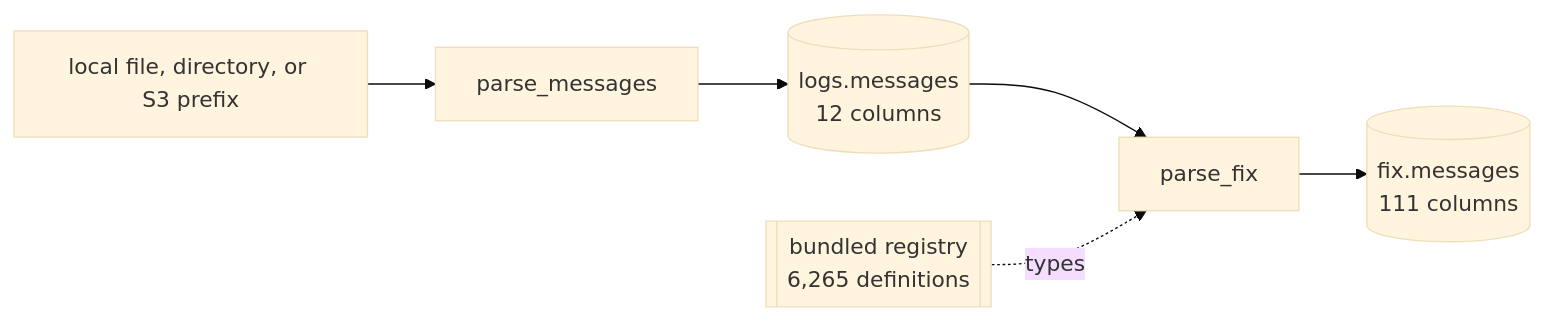
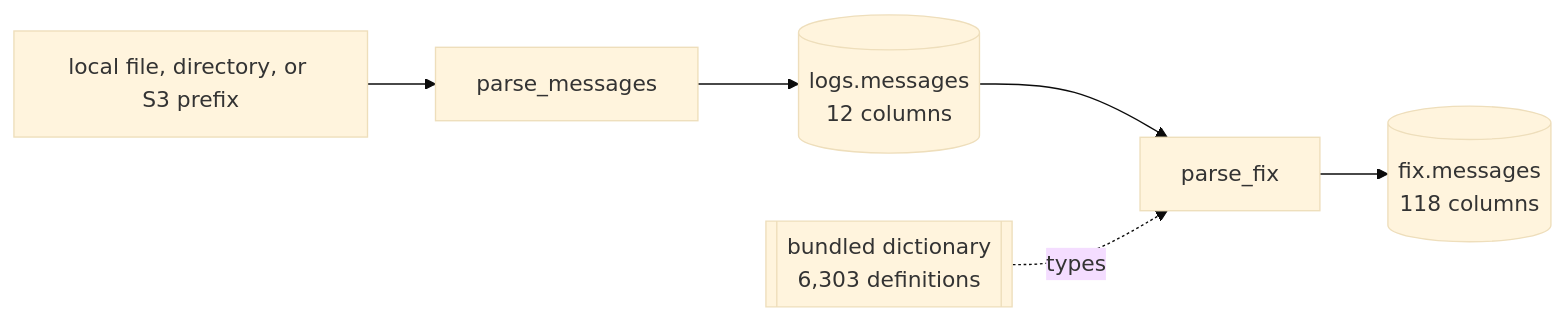
Before and after one commit to Platob/yggfin: the diagram in docs/pipeline/index.md, drawn with Mermaid (base theme). The commit also changed other lines of this file and 1768 other files, not shown here.

````diff
--- a/docs/pipeline/index.md
+++ b/docs/pipeline/index.md
@@ -5,8 +5,8 @@
 ```mermaid
 flowchart LR
     U["local file, directory, or S3 prefix"] --> T["parse_messages"]
     T --> M[("logs.messages<br/>12 columns")]
     M --> F["parse_fix"]
-    R[["bundled registry<br/>6,265 definitions"]] -.types.-> F
-    F --> X[("fix.messages<br/>111 columns")]
+    R[["bundled dictionary<br/>6,303 definitions"]] -.types.-> F
+    F --> X[("fix.messages<br/>118 columns")]
 ```
````
